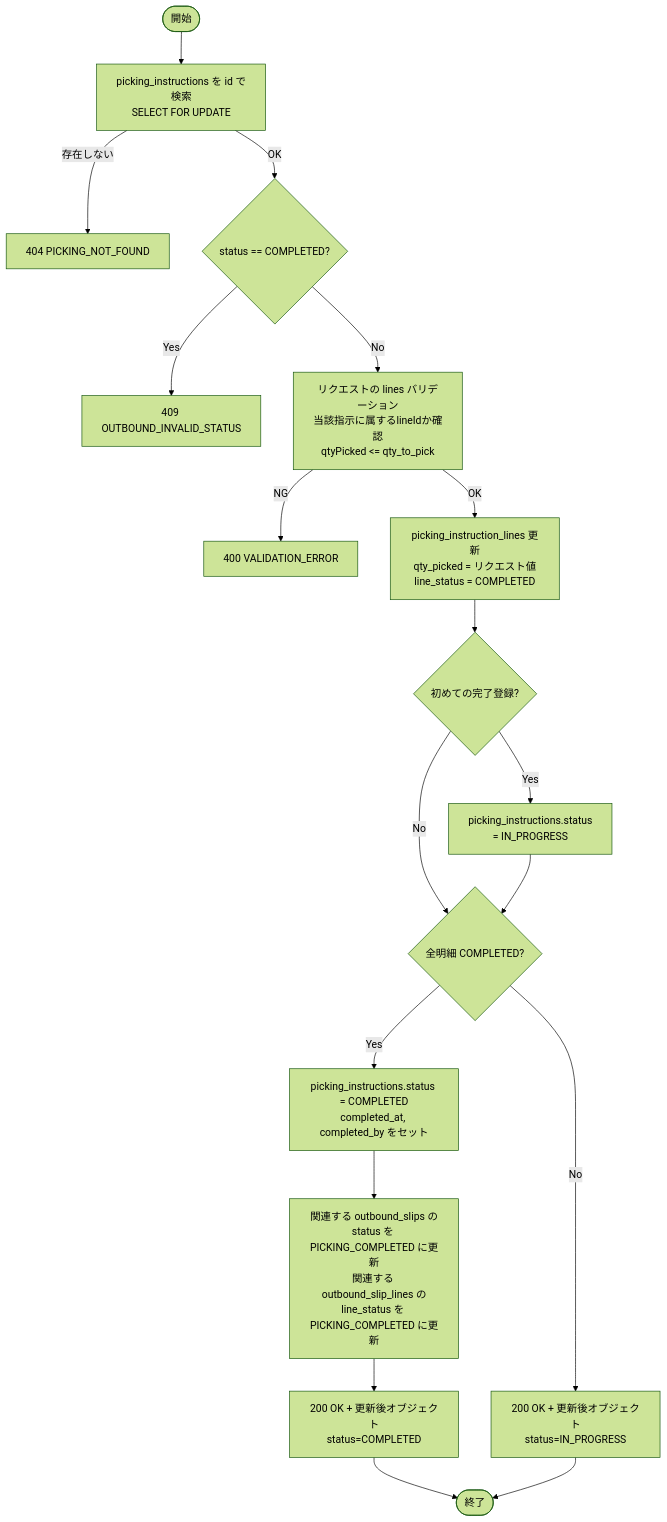
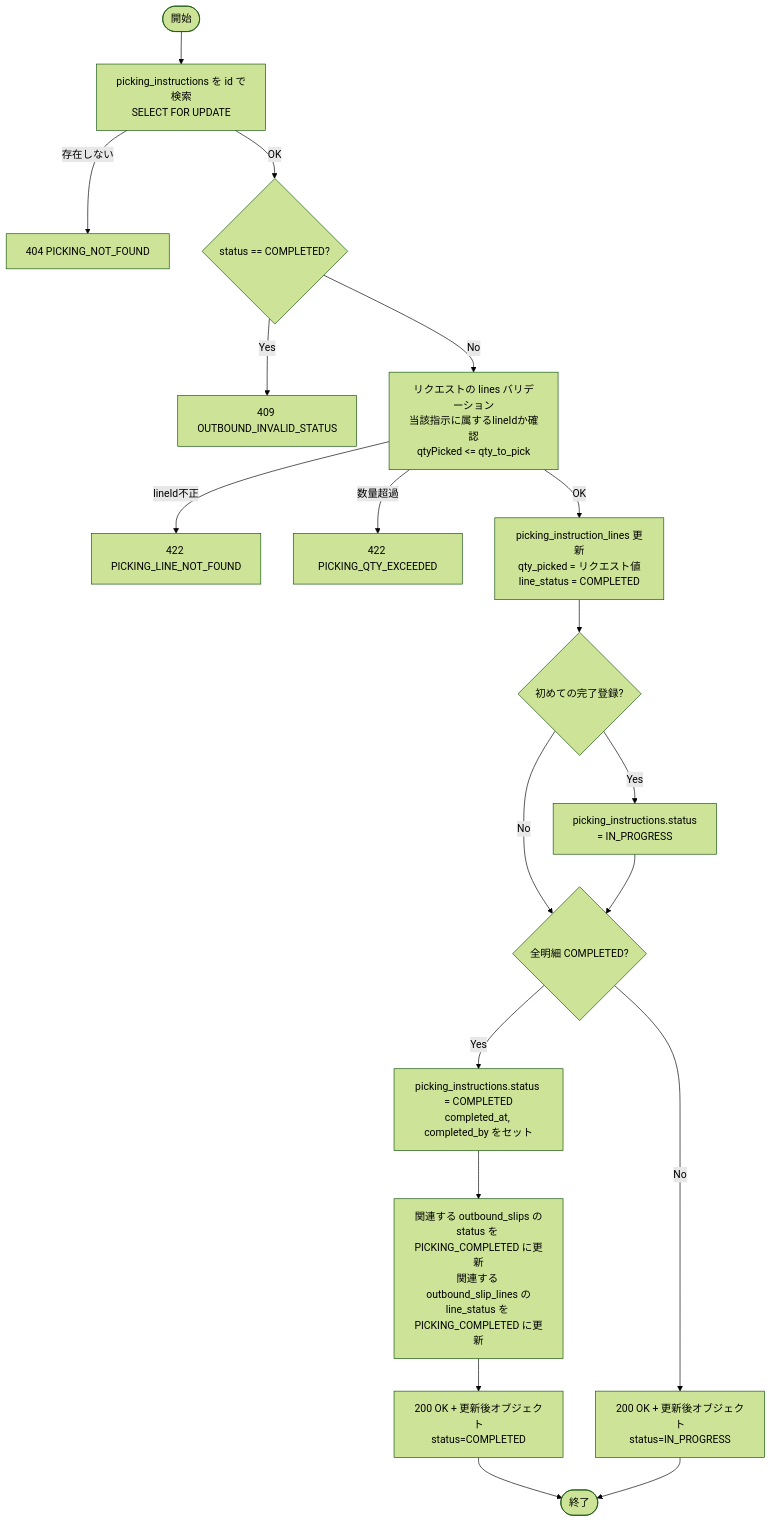
Before and after one commit to hidefumiagata/wms: diagram 11 of 13 in docs/functional-design/API-08-outbound.md, drawn with Mermaid (forest theme). The commit also changed other lines of this file and 2 other files, not shown here.

First line of the commit message:
docs: VALIDATION_ERROR置換に伴うAPI設計書・エラーコード定義更新 / Update API docs and error code registry for specific error codes

````diff
--- a/docs/functional-design/API-08-outbound.md
+++ b/docs/functional-design/API-08-outbound.md
@@ -1054,20 +1055,21 @@
 ```mermaid
 flowchart TD
     START([開始]) --> FIND[picking_instructions を id で検索\nSELECT FOR UPDATE]
     FIND -->|存在しない| ERR_NF[404 PICKING_NOT_FOUND]
     FIND -->|OK| CHECK_STATUS{status == COMPLETED?}
     CHECK_STATUS -->|Yes| ERR_STATUS[409 OUTBOUND_INVALID_STATUS]
     CHECK_STATUS -->|No| VALIDATE_LINES[リクエストの lines バリデーション\n当該指示に属するlineIdか確認\nqtyPicked <= qty_to_pick]
-    VALIDATE_LINES -->|NG| ERR_VAL[400 VALIDATION_ERROR]
+    VALIDATE_LINES -->|lineId不正| ERR_LINE[422 PICKING_LINE_NOT_FOUND]
+    VALIDATE_LINES -->|数量超過| ERR_QTY[422 PICKING_QTY_EXCEEDED]
     VALIDATE_LINES -->|OK| UPDATE_PIL[picking_instruction_lines 更新\nqty_picked = リクエスト値\nline_status = COMPLETED]
     UPDATE_PIL --> CHECK_FIRST{初めての完了登録?}
     CHECK_FIRST -->|Yes| SET_IN_PROGRESS[picking_instructions.status\n= IN_PROGRESS]
     CHECK_FIRST -->|No| CHECK_ALL
     SET_IN_PROGRESS --> CHECK_ALL{全明細 COMPLETED?}
     CHECK_ALL -->|No| RESP_PARTIAL[200 OK + 更新後オブジェクト\nstatus=IN_PROGRESS]
     CHECK_ALL -->|Yes| SET_COMPLETED[picking_instructions.status = COMPLETED\ncompleted_at, completed_by をセット]
     SET_COMPLETED --> UPDATE_SLIPS[関連する outbound_slips の\nstatus を PICKING_COMPLETED に更新\n関連する outbound_slip_lines の\nline_status を PICKING_COMPLETED に更新]
     UPDATE_SLIPS --> RESP[200 OK + 更新後オブジェクト\nstatus=COMPLETED]
     RESP --> END([終了])
     RESP_PARTIAL --> END
 ```
````
